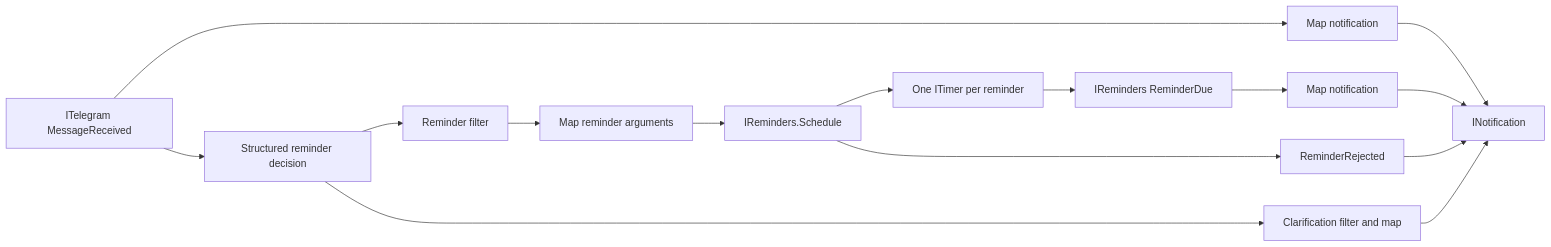
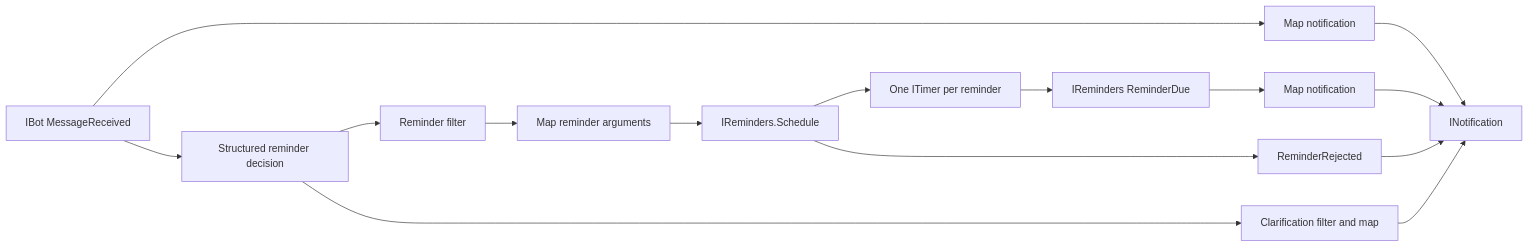
The diagram in docs/v2/TELEGRAM.md (intochat/digitalbrain), drawn with Mermaid before and after one commit. The commit also changed other lines of this file and 40 other files, not shown here.

````diff
--- a/docs/v2/TELEGRAM.md
+++ b/docs/v2/TELEGRAM.md
@@ -9,17 +9,17 @@
 ```mermaid
 flowchart LR
-    Telegram[ITelegram MessageReceived] --> MessageMap[Map notification]
+    Telegram[IBot MessageReceived] --> MessageMap[Map notification]
     MessageMap --> Inbox[INotification]
     Telegram --> Decision[Structured reminder decision]
     Decision --> Filter[Reminder filter]
     Filter --> Arguments[Map reminder arguments]
     Arguments --> Schedule[IReminders.Schedule]
     Schedule --> Timer[One ITimer per reminder]
     Timer --> Due[IReminders ReminderDue]
     Due --> DueMap[Map notification]
     DueMap --> Inbox
     Schedule --> Refusal[ReminderRejected]
     Refusal --> Inbox
     Decision --> Clarify[Clarification filter and map]
     Clarify --> Inbox
 ```
````
